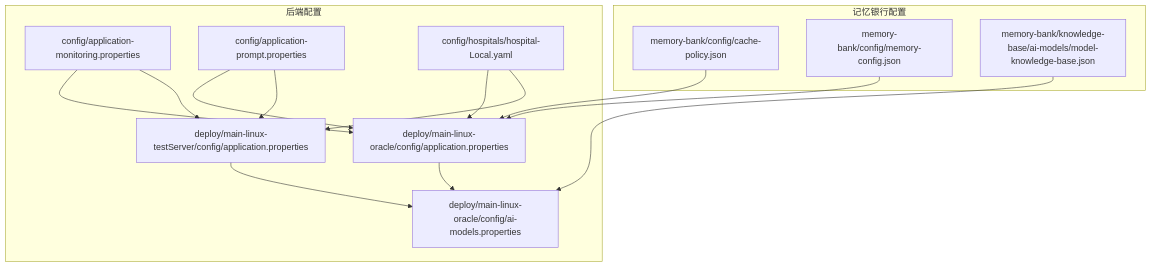
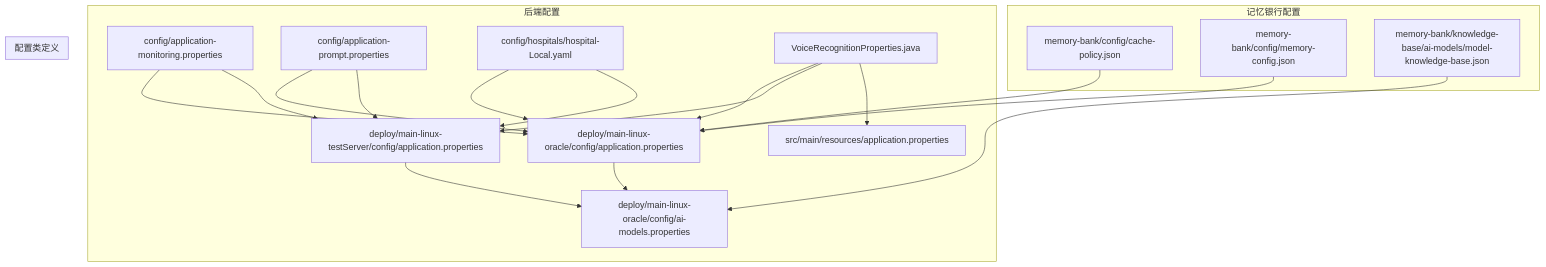
The first of 3 diagrams in .qoder/repowiki/zh/content/配置管理/配置管理.md (liuzh2008/med_ai_assistant_workspace), drawn with Mermaid before and after one commit. The commit also changed other lines of this file and 4 other files, not shown here.

````diff
--- a/.qoder/repowiki/zh/content/配置管理/配置管理.md
+++ b/.qoder/repowiki/zh/content/配置管理/配置管理.md
@@ -42,27 +58,35 @@
 ```mermaid
 graph TB
 subgraph "后端配置"
 CFG_PROP["config/application-monitoring.properties"]
 PROMPT_PROP["config/application-prompt.properties"]
 HOSP_LOCAL["config/hospitals/hospital-Local.yaml"]
 ORA_PROD["deploy/main-linux-oracle/config/application.properties"]
 ORA_AI["deploy/main-linux-oracle/config/ai-models.properties"]
 TEST_PROD["deploy/main-linux-testServer/config/application.properties"]
+DEV_PROP["src/main/resources/application.properties"]
+VOICE_PROP["VoiceRecognitionProperties.java"]
 end
 subgraph "记忆银行配置"
 CACHE_POLICY["memory-bank/config/cache-policy.json"]
 MEM_CFG["memory-bank/config/memory-config.json"]
 MODEL_KB["memory-bank/knowledge-base/ai-models/model-knowledge-base.json"]
+end
+subgraph "配置类定义"
+VOICE_PROP
 end
 ORA_PROD --> ORA_AI
 TEST_PROD --> ORA_AI
 CFG_PROP --> ORA_PROD
 CFG_PROP --> TEST_PROD
 PROMPT_PROP --> ORA_PROD
 PROMPT_PROP --> TEST_PROD
 HOSP_LOCAL --> ORA_PROD
 HOSP_LOCAL --> TEST_PROD
 CACHE_POLICY --> ORA_PROD
 MEM_CFG --> ORA_PROD
 MODEL_KB --> ORA_AI
+VOICE_PROP --> ORA_PROD
+VOICE_PROP --> TEST_PROD
+VOICE_PROP --> DEV_PROP
 ```
````
